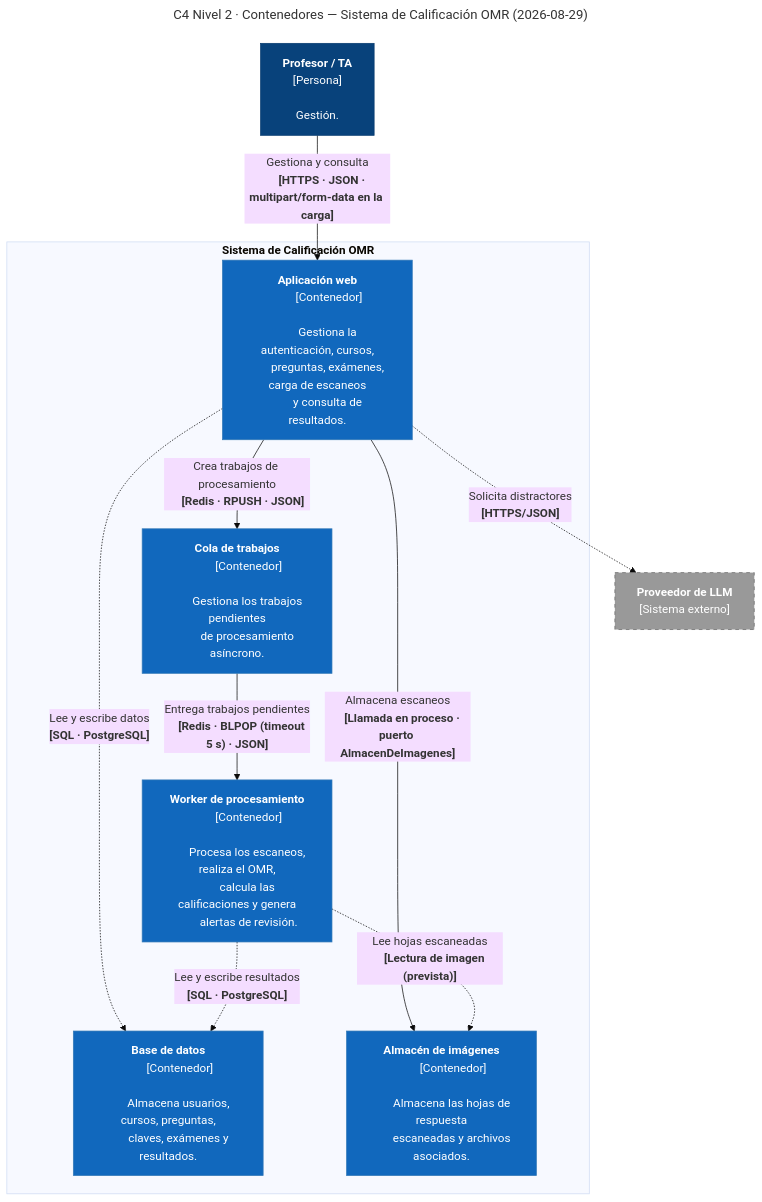
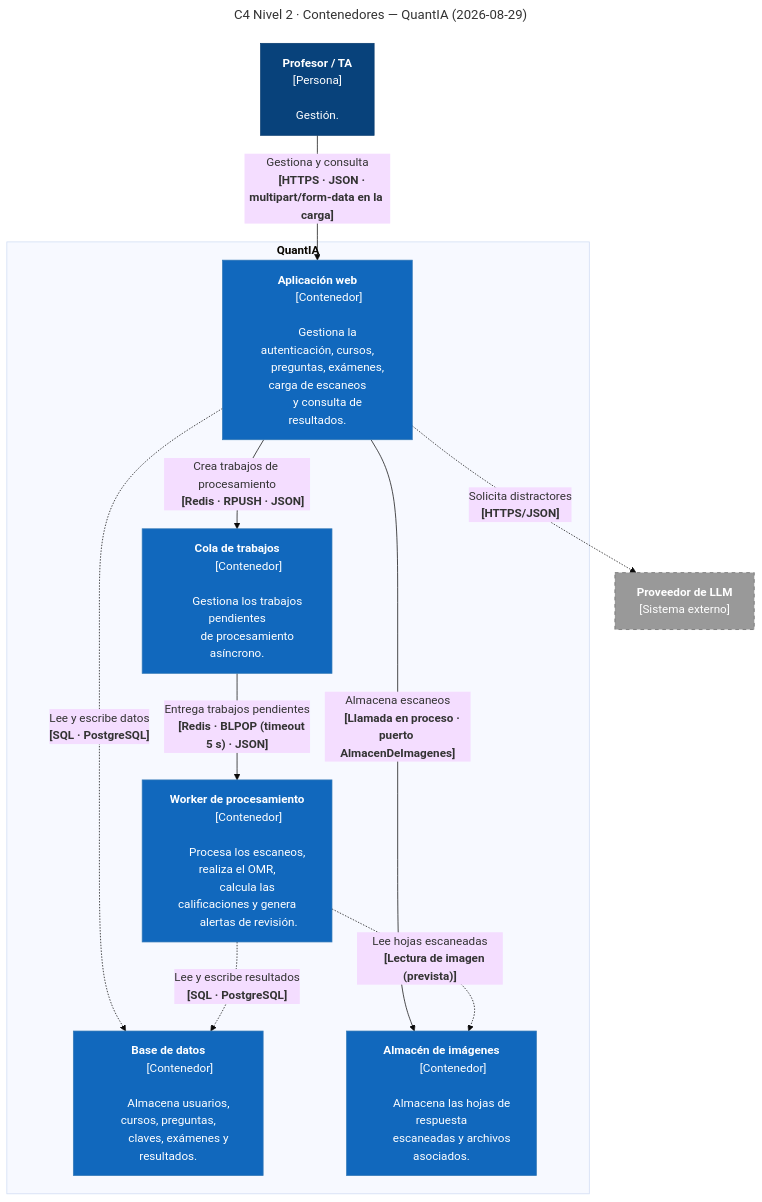
One commit to ISCOUTB/AS_202620_Sistema-de-calificacion-automatica changed the second of 4 diagrams in docs/c4/doc-c4.md. Above: the diagram before and after it, drawn with Mermaid (base theme). The commit also changed other lines of this file, not shown here.

First line of the commit message:
docs(c4): usar el nombre QuantIA en los tres niveles

````diff
--- a/docs/c4/doc-c4.md
+++ b/docs/c4/doc-c4.md
@@ -167,80 +167,80 @@
 ```mermaid
 ---
-title: "C4 Nivel 2 · Contenedores — Sistema de Calificación OMR (2026-08-29)"
+title: "C4 Nivel 2 · Contenedores — QuantIA (2026-08-29)"
 ---
 flowchart TB
     profesor["<b>Profesor / TA</b>
     [Persona]
 
     Gestión."]
 
-    subgraph sistema_omr["<b>Sistema de Calificación OMR</b>"]
+    subgraph sistema_omr["<b>QuantIA</b>"]
 
         web["<b>Aplicación web</b>
         [Contenedor]
 
         Gestiona la autenticación, cursos,
         preguntas, exámenes, carga de escaneos
         y consulta de resultados."]
 
         cola["<b>Cola de trabajos</b>
         [Contenedor]
 
         Gestiona los trabajos pendientes
         de procesamiento asíncrono."]
 
         worker["<b>Worker de procesamiento</b>
         [Contenedor]
 
         Procesa los escaneos, realiza el OMR,
         calcula las calificaciones y genera
         alertas de revisión."]
 
         db["<b>Base de datos</b>
         [Contenedor]
 
         Almacena usuarios, cursos, preguntas,
         claves, exámenes y resultados."]
 
         imagenes["<b>Almacén de imágenes</b>
         [Contenedor]
 
         Almacena las hojas de respuesta
         escaneadas y archivos asociados."]
     end
 
     llm["<b>Proveedor de LLM</b>
     [Sistema externo]"]
 
     profesor -->|"Gestiona y consulta
     <b>[HTTPS · JSON · multipart/form-data en la carga]</b>"| web
 
     web -.->|"Lee y escribe datos
     <b>[SQL · PostgreSQL]</b>"| db
 
     web -->|"Almacena escaneos
     <b>[Llamada en proceso · puerto AlmacenDeImagenes]</b>"| imagenes
 
     web -->|"Crea trabajos de procesamiento
     <b>[Redis · RPUSH · JSON]</b>"| cola
 
     cola -->|"Entrega trabajos pendientes
     <b>[Redis · BLPOP (timeout 5 s) · JSON]</b>"| worker
 
     worker -.->|"Lee y escribe resultados
     <b>[SQL · PostgreSQL]</b>"| db
 
     worker -.->|"Lee hojas escaneadas
     <b>[Lectura de imagen (prevista)]</b>"| imagenes
 
     web -.->|"Solicita distractores
     <b>[HTTPS/JSON]</b>"| llm
 
     classDef person fill:#08427B,stroke:#073B6F,color:#ffffff
     classDef container fill:#1168BD,stroke:#3379B7,color:#ffffff
     classDef external fill:#999999,stroke:#6B6B6B,color:#ffffff,stroke-dasharray: 5 5
 
     class profesor person
     class web,cola,worker,db,imagenes container
     class llm external
 ```
````
